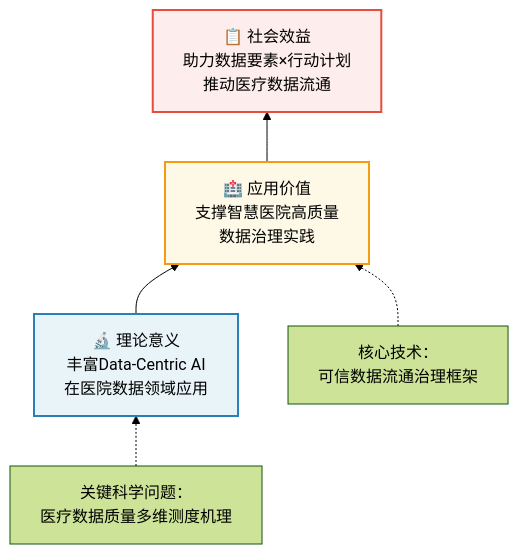
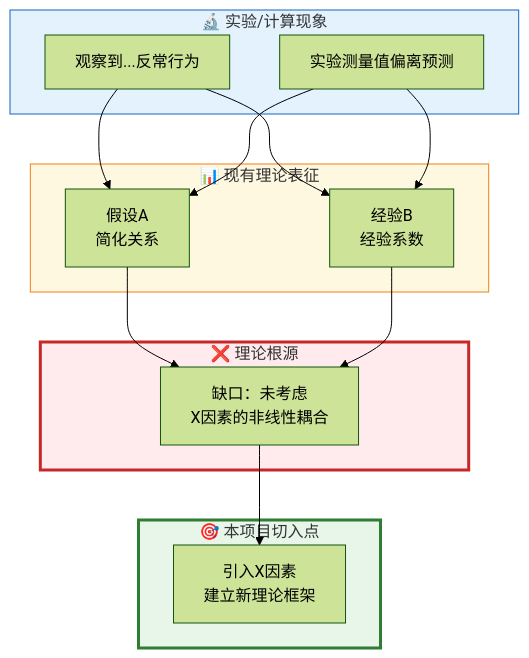
The third of 4 diagrams in SKILL.md (copyleftz/nsfc-rationale), drawn with Mermaid (forest theme) before and after one commit. The commit also changed other lines of this file, not shown here.

````diff
--- a/SKILL.md
+++ b/SKILL.md
@@ -200,18 +303,30 @@
 ```mermaid
-flowchart BT
-    基础层["🔬 理论意义<br/>丰富Data-Centric AI<br/>在医院数据领域应用"]
-    应用层["🏥 应用价值<br/>支撑智慧医院高质量<br/>数据治理实践"]
-    政策层["📋 社会效益<br/>助力数据要素×行动计划<br/>推动医疗数据流通"]
+flowchart TD
+    subgraph 现象["🔬 实验/计算现象"]
+        E1["观察到...反常行为"]
+        E2["实验测量值偏离预测"]
+    end
     
-    基础层 --> 应用层 --> 政策层
+    subgraph 表征["📊 现有理论表征"]
+        T1["假设A<br/>简化关系"]
+        T2["经验B<br/>经验系数"]
+    end
     
-    基础层2["关键科学问题：<br/>医疗数据质量多维测度机理"]
-    应用层2["核心技术：<br/>可信数据流通治理框架"]
+    subgraph 根源["❌ 理论根源"]
+        R["缺口：未考虑<br/>X因素的非线性耦合"]
+    end
     
-    基础层2 -.-> 基础层
-    应用层2 -.-> 应用层
+    subgraph 本项目["🎯 本项目切入点"]
+        P["引入X因素<br/>建立新理论框架"]
+    end
     
-    style 基础层 fill:#e8f4f8,stroke:#2980b9,stroke-width:2px
-    style 应用层 fill:#fef9e7,stroke:#f39c12,stroke-width:2px
-    style 政策层 fill:#fdedec,stroke:#e74c3c,stroke-width:2px
+    E1 & E2 --> T1 & T2
+    T1 --> R
+    T2 --> R
+    R --> P
+    
+    style 现象 fill:#e3f2fd,stroke:#1565c0
+    style 表征 fill:#fff8e1,stroke:#f57f17
+    style 根源 fill:#ffebee,stroke:#c62828,stroke-width:3px
+    style 本项目 fill:#e8f5e9,stroke:#2e7d32,stroke-width:3px
 ```
````
